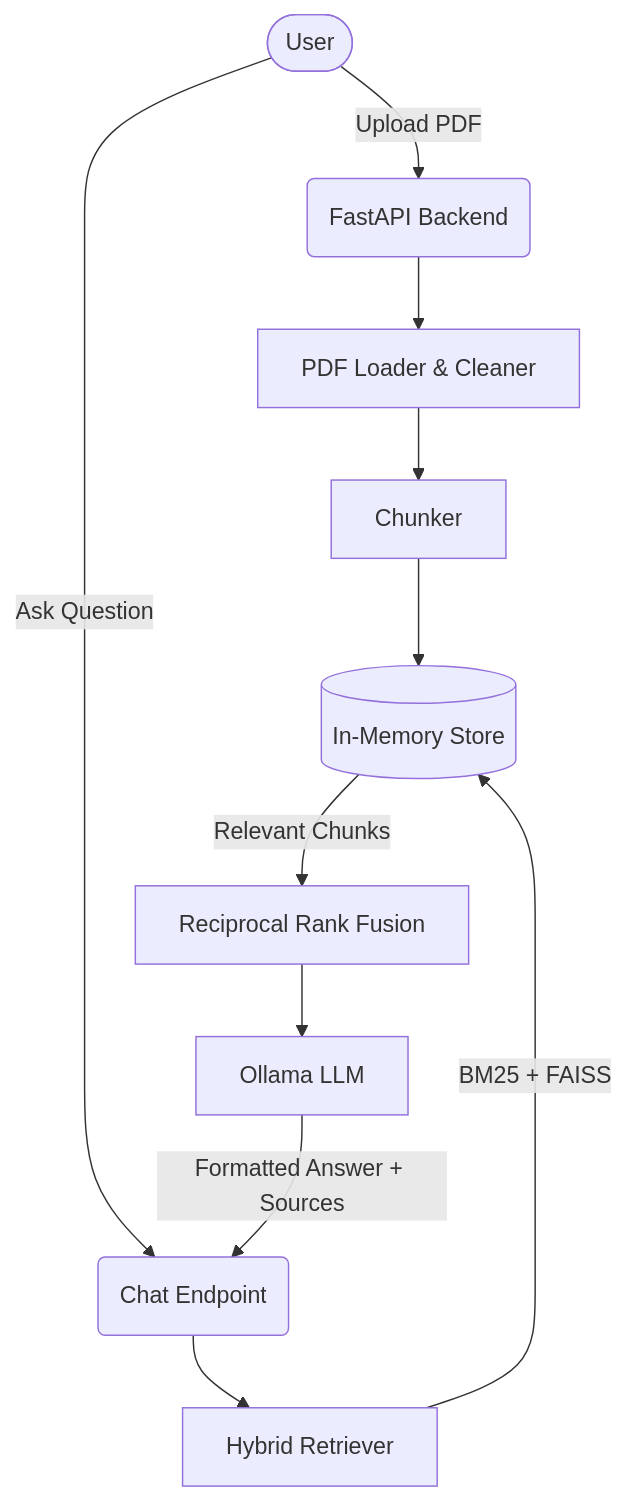
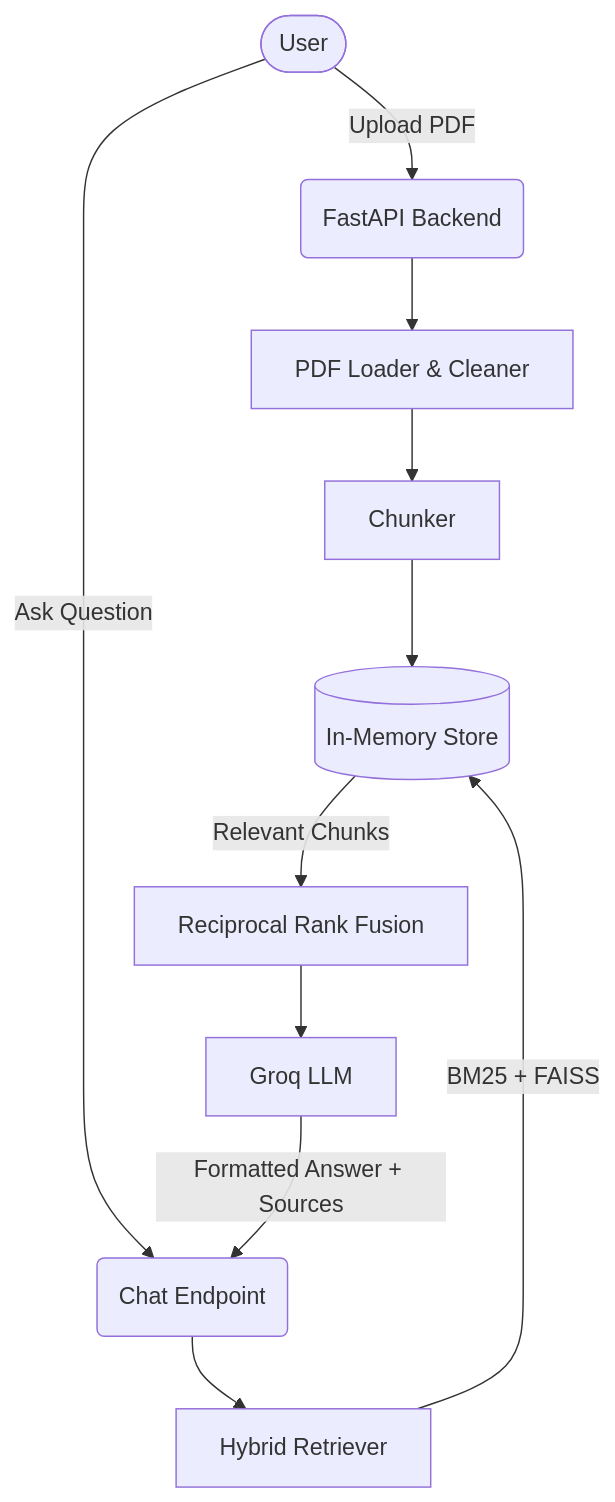
The diagram in README.md (JahnaviSarkar/CapyDocs), drawn with Mermaid before and after one commit. The commit also changed other lines of this file and 2 other files, not shown here.

Commit message:
docs: update docs and render config to use Groq and bm25

````diff
--- a/README.md
+++ b/README.md
@@ -21,14 +19,14 @@
 ```mermaid
 graph TD
     User([User]) -->|Upload PDF| API(FastAPI Backend)
     API --> PDFLoader[PDF Loader & Cleaner]
     PDFLoader --> Chunker[Chunker]
     Chunker --> VectorStore[(In-Memory Store)]
     
     User -->|Ask Question| ChatAPI(Chat Endpoint)
     ChatAPI --> Retriever[Hybrid Retriever]
     Retriever -->|BM25 + FAISS| VectorStore
     VectorStore -->|Relevant Chunks| RRF[Reciprocal Rank Fusion]
-    RRF --> LLM[Ollama LLM]
+    RRF --> LLM[Groq LLM]
     LLM -->|Formatted Answer + Sources| ChatAPI
 ```
````
